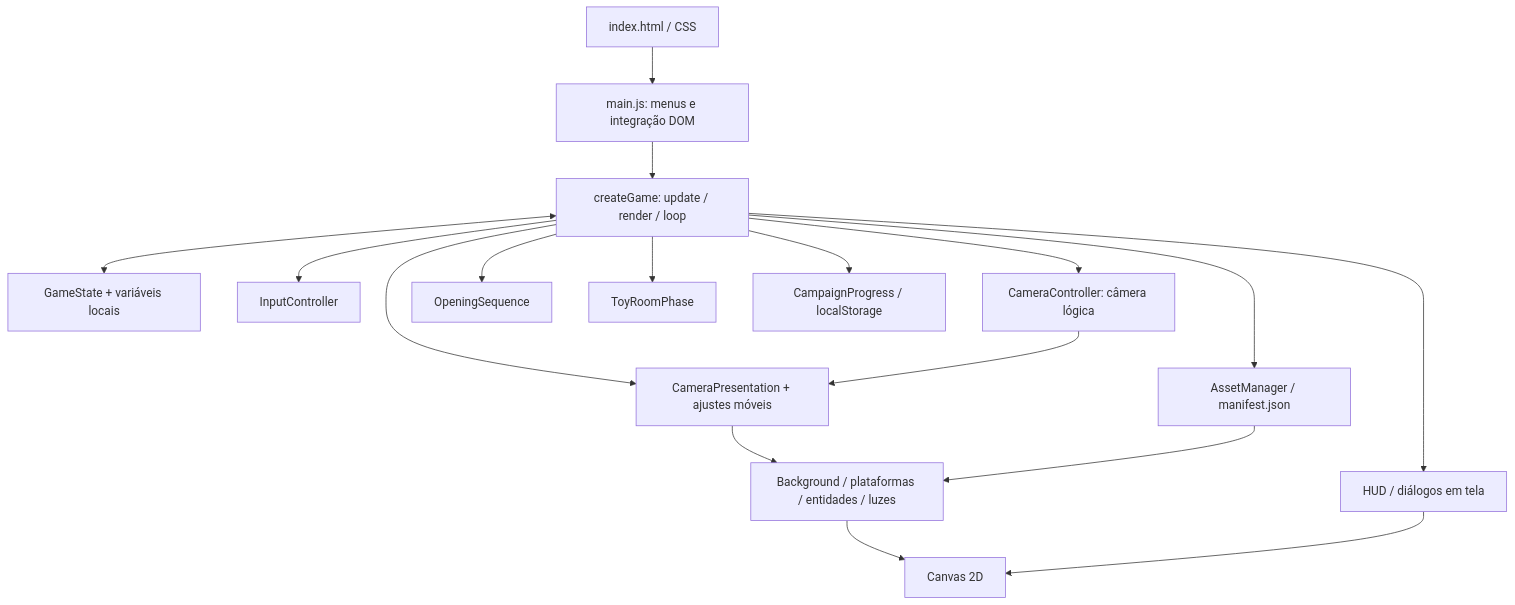
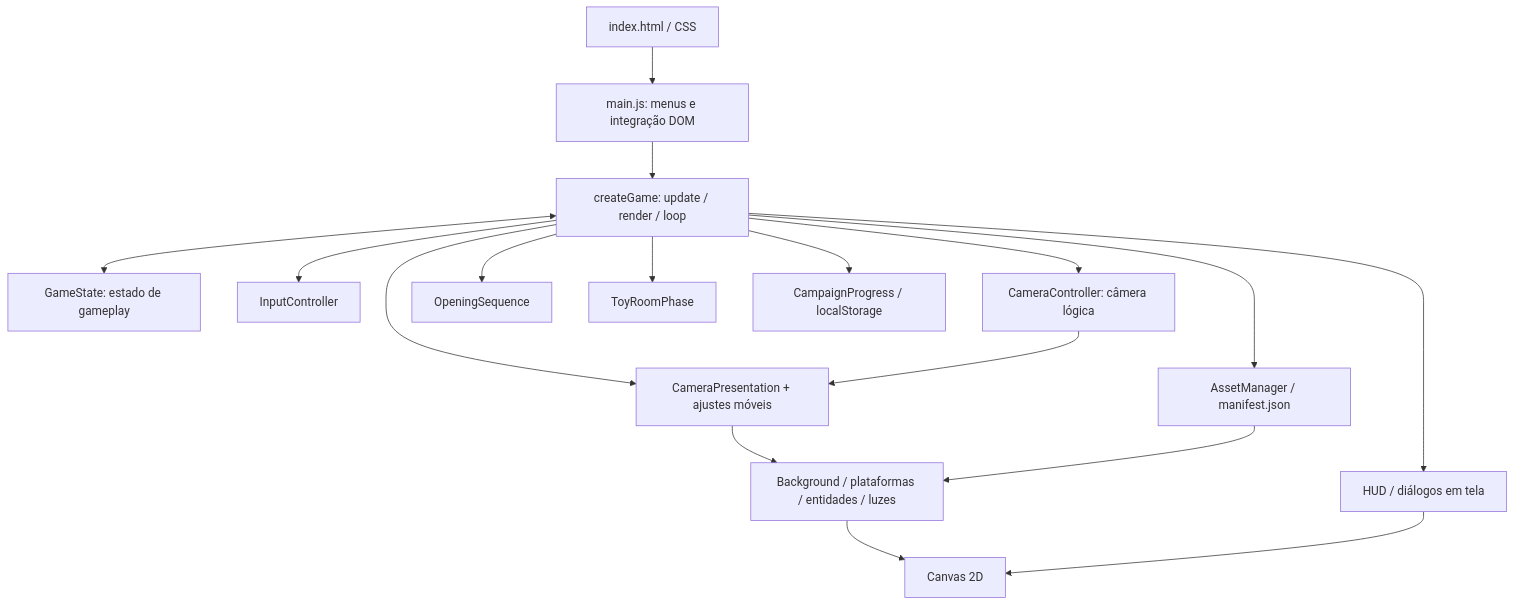
One commit to luciussama/legendGirl changed the diagram in docs/MANUAL-DESENVOLVIMENTO.md. Above: the diagram before and after it, drawn with Mermaid. The commit also changed other lines of this file and 232 other files, not shown here.

````diff
--- a/docs/MANUAL-DESENVOLVIMENTO.md
+++ b/docs/MANUAL-DESENVOLVIMENTO.md
@@ -79,19 +79,19 @@
 ```mermaid
 flowchart TD
   HTML["index.html / CSS"] --> MAIN["main.js: menus e integração DOM"]
   MAIN --> GAME["createGame: update / render / loop"]
-  GAME <--> STATE["GameState + variáveis locais"]
+  GAME <--> STATE["GameState: estado de gameplay"]
   GAME --> INPUT["InputController"]
   GAME --> CAMERA["CameraController: câmera lógica"]
   GAME --> VISUAL["CameraPresentation + ajustes móveis"]
   GAME --> OPEN["OpeningSequence"]
   GAME --> ASSETS["AssetManager / manifest.json"]
   GAME --> ROOM["ToyRoomPhase"]
   GAME --> SAVE["CampaignProgress / localStorage"]
   CAMERA --> VISUAL
   VISUAL --> RENDER["Background / plataformas / entidades / luzes"]
   ASSETS --> RENDER
   RENDER --> CANVAS["Canvas 2D"]
   GAME --> HUD["HUD / diálogos em tela"]
   HUD --> CANVAS
 ```
````
